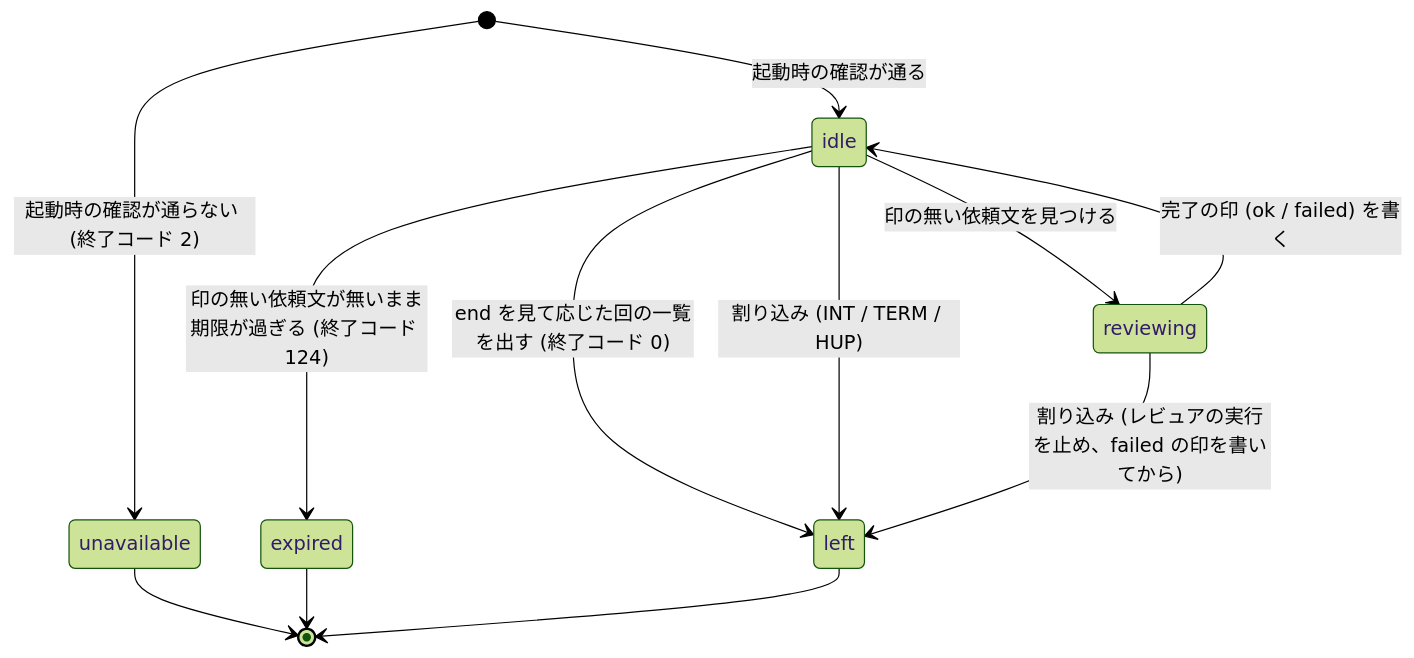
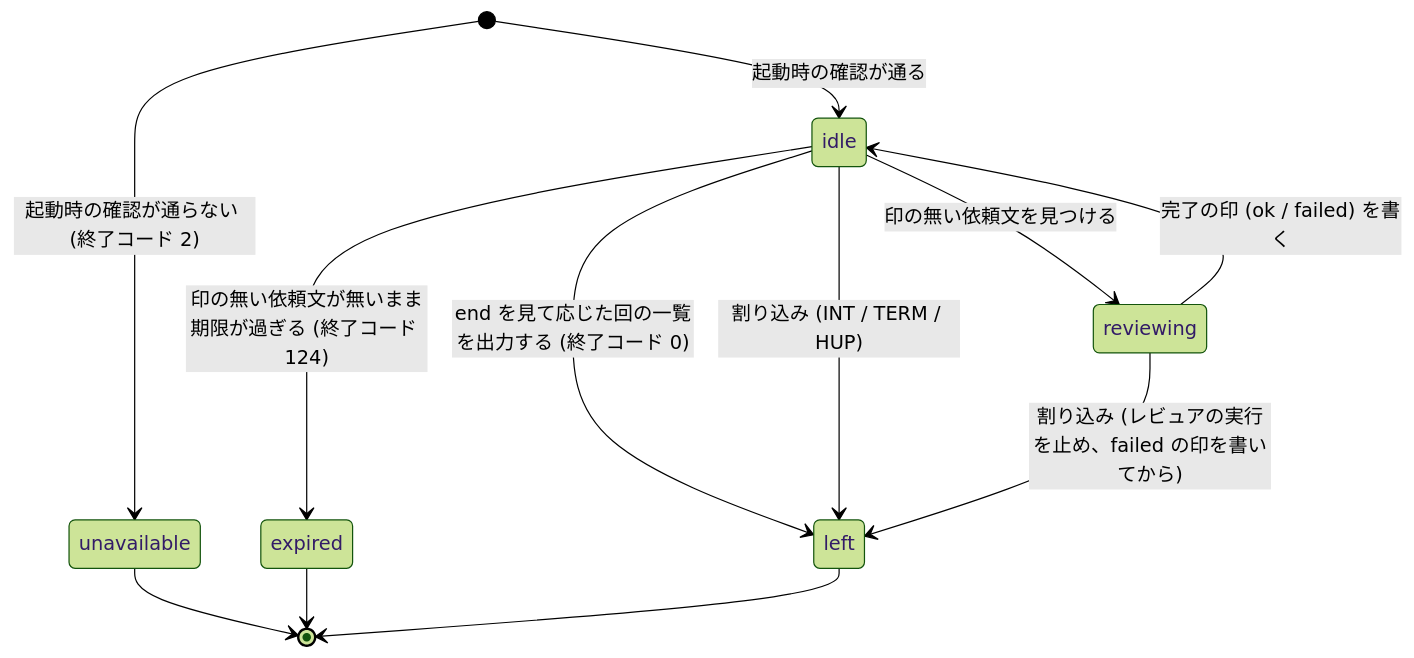
The diagram in review-triage/skills/review-loop/references/loop-files.md (akm/claude-plugins), drawn with Mermaid (forest theme) before and after one commit. The commit also changed other lines of this file and 15 other files, not shown here.

````diff
--- a/review-triage/skills/review-loop/references/loop-files.md
+++ b/review-triage/skills/review-loop/references/loop-files.md
@@ -126,14 +126,14 @@
 ```mermaid
 stateDiagram-v2
   [*] --> unavailable: 起動時の確認が通らない (終了コード 2)
   [*] --> idle: 起動時の確認が通る
   idle --> reviewing: 印の無い依頼文を見つける
   reviewing --> idle: 完了の印 (ok / failed) を書く
   idle --> expired: 印の無い依頼文が無いまま期限が過ぎる (終了コード 124)
-  idle --> left: end を見て応じた回の一覧を出す (終了コード 0)
+  idle --> left: end を見て応じた回の一覧を出力する (終了コード 0)
   idle --> left: 割り込み (INT / TERM / HUP)
   reviewing --> left: 割り込み (レビュアの実行を止め、failed の印を書いてから)
   unavailable --> [*]
   expired --> [*]
   left --> [*]
 ```
````
